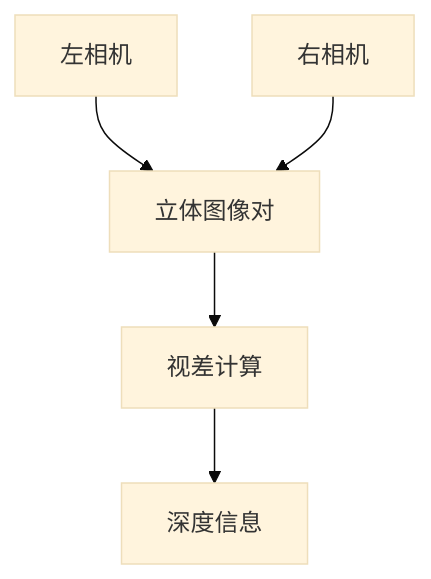
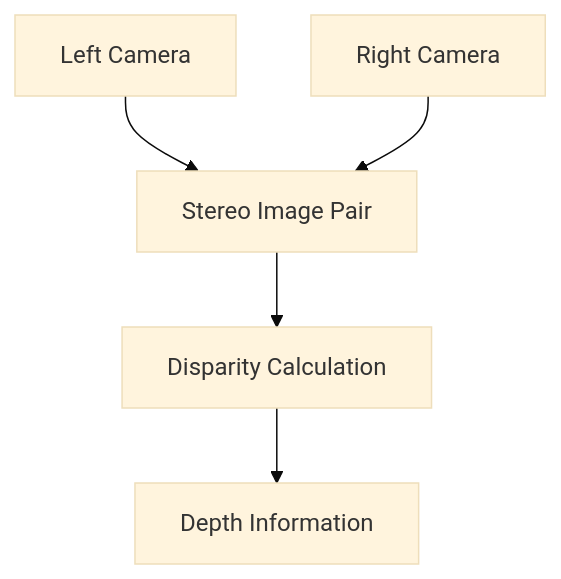
The diagram in docs/tutorials/sensors/stereo-camera.md (TATP-233/DISCOVERSE-doc), drawn with Mermaid (base theme) before and after one commit. The commit also changed other lines of this file and 54 other files, not shown here.

````diff
--- a/docs/tutorials/sensors/stereo-camera.md
+++ b/docs/tutorials/sensors/stereo-camera.md
@@ -33,7 +33,7 @@
 ```mermaid
 graph TD
-    A[左相机] --> C[立体图像对]
-    B[右相机] --> C
-    C --> D[视差计算]
-    D --> E[深度信息]
+    A[Left Camera] --> C[Stereo Image Pair]
+    B[Right Camera] --> C
+    C --> D[Disparity Calculation]
+    D --> E[Depth Information]
 ```
````
